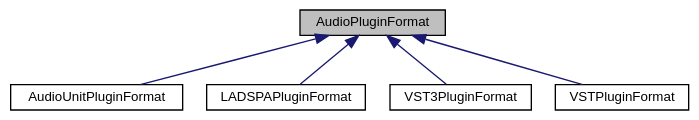
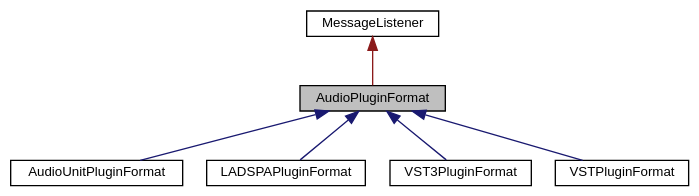
The diagram in doc/classAudioPluginFormat__inherit__graph.dot (klangfreund/jucedoc), drawn with Graphviz before and after one commit. The commit also changed 2730 other files, not shown here.

```diff
--- a/doc/classAudioPluginFormat__inherit__graph.dot
+++ b/doc/classAudioPluginFormat__inherit__graph.dot
@@ -1,15 +1,17 @@
 digraph "AudioPluginFormat"
 {
   bgcolor="transparent";
   edge [fontname="Helvetica",fontsize="10",labelfontname="Helvetica",labelfontsize="10"];
   node [fontname="Helvetica",fontsize="10",shape=record];
   Node0 [label="AudioPluginFormat",height=0.2,width=0.4,color="black", fillcolor="grey75", style="filled", fontcolor="black"];
-  Node0 -> Node1 [dir="back",color="midnightblue",fontsize="10",style="solid",fontname="Helvetica"];
-  Node1 [label="AudioUnitPluginFormat",height=0.2,width=0.4,color="black",URL="$classAudioUnitPluginFormat.html",tooltip="Implements a plugin format manager for AudioUnits. "];
+  Node1 -> Node0 [dir="back",color="firebrick4",fontsize="10",style="solid",fontname="Helvetica"];
+  Node1 [label="MessageListener",height=0.2,width=0.4,color="black",URL="$classMessageListener.html",tooltip="MessageListener subclasses can post and receive Message objects. "];
   Node0 -> Node2 [dir="back",color="midnightblue",fontsize="10",style="solid",fontname="Helvetica"];
-  Node2 [label="LADSPAPluginFormat",height=0.2,width=0.4,color="black",URL="$classLADSPAPluginFormat.html",tooltip="Implements a plugin format manager for LADSPA plugins. "];
+  Node2 [label="AudioUnitPluginFormat",height=0.2,width=0.4,color="black",URL="$classAudioUnitPluginFormat.html",tooltip="Implements a plugin format manager for AudioUnits. "];
   Node0 -> Node3 [dir="back",color="midnightblue",fontsize="10",style="solid",fontname="Helvetica"];
-  Node3 [label="VST3PluginFormat",height=0.2,width=0.4,color="black",URL="$classVST3PluginFormat.html",tooltip="Implements a plugin format for VST3s. "];
+  Node3 [label="LADSPAPluginFormat",height=0.2,width=0.4,color="black",URL="$classLADSPAPluginFormat.html",tooltip="Implements a plugin format manager for LADSPA plugins. "];
   Node0 -> Node4 [dir="back",color="midnightblue",fontsize="10",style="solid",fontname="Helvetica"];
-  Node4 [label="VSTPluginFormat",height=0.2,width=0.4,color="black",URL="$classVSTPluginFormat.html",tooltip="Implements a plugin format manager for VSTs. "];
+  Node4 [label="VST3PluginFormat",height=0.2,width=0.4,color="black",URL="$classVST3PluginFormat.html",tooltip="Implements a plugin format for VST3s. "];
+  Node0 -> Node5 [dir="back",color="midnightblue",fontsize="10",style="solid",fontname="Helvetica"];
+  Node5 [label="VSTPluginFormat",height=0.2,width=0.4,color="black",URL="$classVSTPluginFormat.html",tooltip="Implements a plugin format manager for VSTs. "];
 }
```
